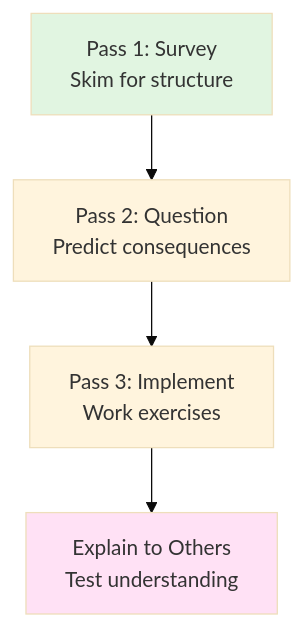
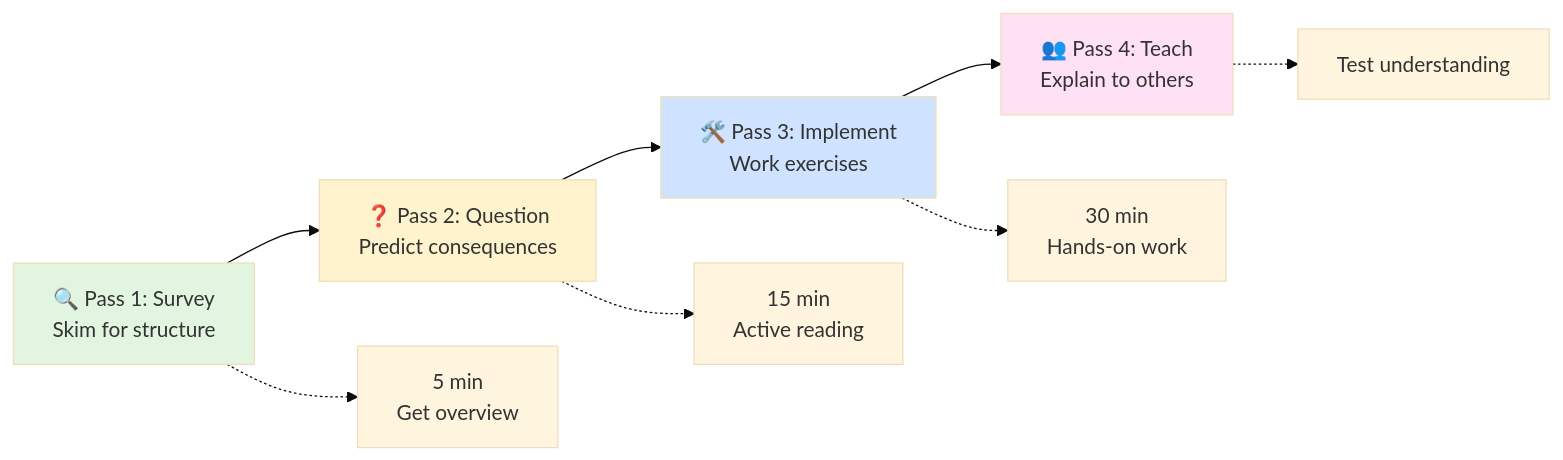
The fifth of 9 diagrams in docs/introduction/philosophy.md (deepaucksharma/DStudio), drawn with Mermaid (base theme) before and after one commit. The commit also changed other lines of this file and 212 other files, not shown here.

````diff
--- a/docs/introduction/philosophy.md
+++ b/docs/introduction/philosophy.md
@@ -180,9 +224,16 @@
-    ```mermaid
-    graph TD
-        A[Pass 1: Survey<br/>Skim for structure] --> B[Pass 2: Question<br/>Predict consequences]
-        B --> C[Pass 3: Implement<br/>Work exercises]
-        C --> D[Explain to Others<br/>Test understanding]
-        
-        style A fill:#e1f5e1
-        style D fill:#ffe1f5
-    ```
+```mermaid
+graph LR
+    A["🔍 Pass 1: Survey<br/>Skim for structure"] --> B["❓ Pass 2: Question<br/>Predict consequences"]
+    B --> C["🛠️ Pass 3: Implement<br/>Work exercises"]
+    C --> D["👥 Pass 4: Teach<br/>Explain to others"]
+    
+    A -.-> A1["5 min<br/>Get overview"]
+    B -.-> B1["15 min<br/>Active reading"]
+    C -.-> C1["30 min<br/>Hands-on work"]
+    D -.-> D1["Test understanding"]
+    
+    style A fill:#e1f5e1
+    style B fill:#fff3cd
+    style C fill:#cfe2ff
+    style D fill:#ffe1f5
+```
````
